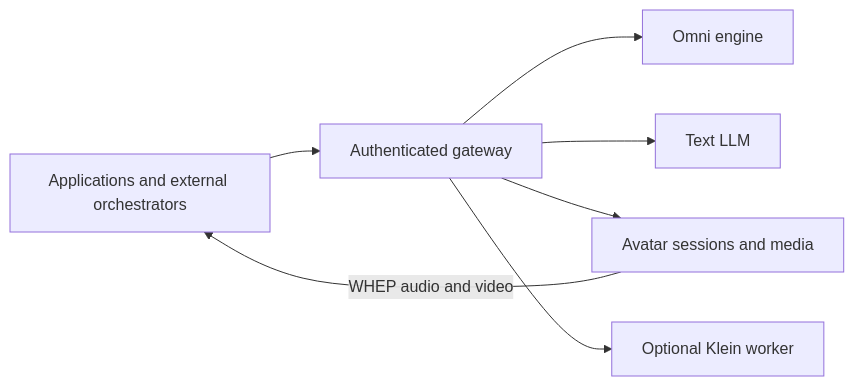
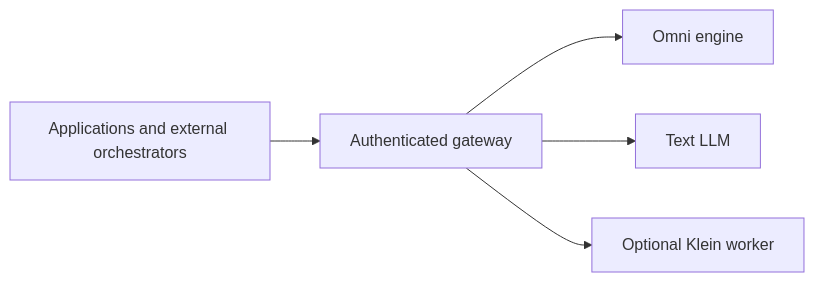
Before and after one commit to 4everWZ/omni-avatar-api: the diagram in docs/architecture.md, drawn with Mermaid. The commit also changed other lines of this file and 57 other files, not shown here.

Commit message:
Remove Avatar services and stream native duplex audio directly

````diff
--- a/docs/architecture.md
+++ b/docs/architecture.md
@@ -5,9 +5,7 @@
 ```mermaid
 flowchart LR
     Client[Applications and external orchestrators] --> Gateway[Authenticated gateway]
     Gateway --> Omni[Omni engine]
     Gateway --> LLM[Text LLM]
-    Gateway --> Avatar[Avatar sessions and media]
     Gateway --> Images[Optional Klein worker]
-    Avatar -->|WHEP audio and video| Client
 ```
````
